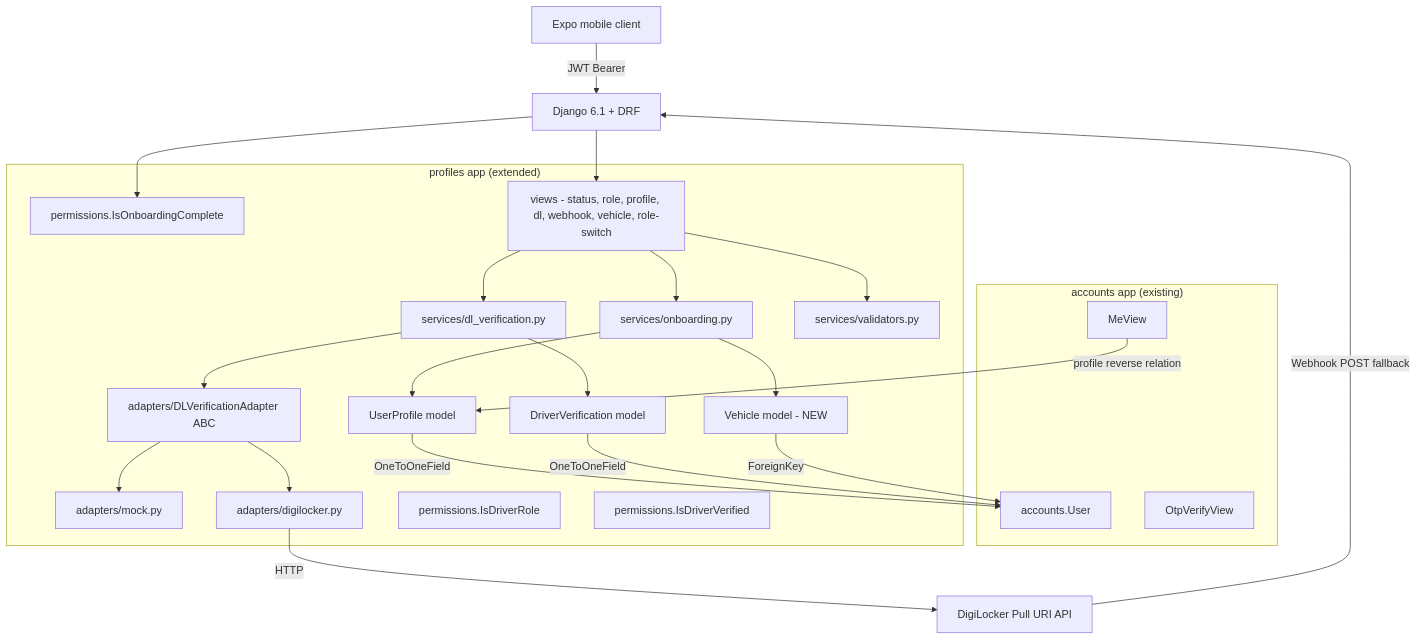
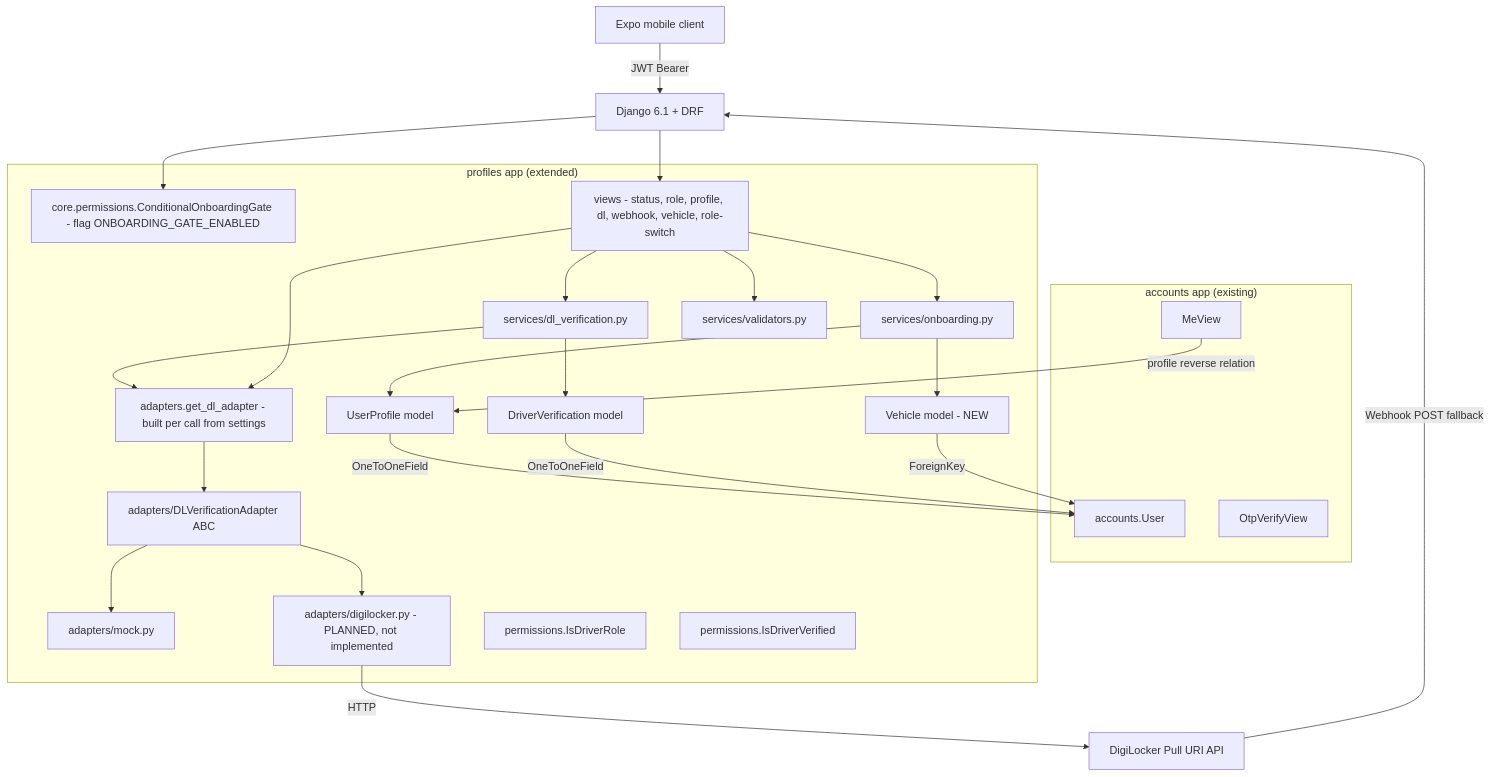
Before and after one commit to Spot-rides/Spot-rides: the first of 2 diagrams in docs/architecture/ARCH-002-user-onboarding.md, drawn with Mermaid. The commit also changed other lines of this file and 4 other files, not shown here.

````diff
--- a/docs/architecture/ARCH-002-user-onboarding.md
+++ b/docs/architecture/ARCH-002-user-onboarding.md
@@ -105,44 +144,47 @@
 ```mermaid
 graph TD
     Client[Expo mobile client] -->|JWT Bearer| DRF[Django 6.1 + DRF]
 
     subgraph "accounts app (existing)"
         User[accounts.User]
         OtpVerifyView
         MeView
     end
 
     subgraph "profiles app (extended)"
         UP[UserProfile model]
         DV[DriverVerification model]
         VH[Vehicle model - NEW]
         OnboardingService[services/onboarding.py]
         DLService[services/dl_verification.py]
         Validators[services/validators.py]
         Adapter[adapters/DLVerificationAdapter ABC]
+        DLFactory[adapters.get_dl_adapter - built per call from settings]
         MockAdapter[adapters/mock.py]
-        DigiLockerAdapter[adapters/digilocker.py]
-        IsOnboardingComplete[permissions.IsOnboardingComplete]
+        DigiLockerAdapter[adapters/digilocker.py - PLANNED, not implemented]
+        OnboardingGate["core.permissions.ConditionalOnboardingGate - flag ONBOARDING_GATE_ENABLED"]
         IsDriverRole[permissions.IsDriverRole]
         IsDriverVerified[permissions.IsDriverVerified]
         OnboardingViews[views - status, role, profile, dl, webhook, vehicle, role-switch]
     end
 
-    DRF --> IsOnboardingComplete
+    DRF --> OnboardingGate
     DRF --> OnboardingViews
     OnboardingViews --> OnboardingService
     OnboardingViews --> DLService
     OnboardingViews --> Validators
     OnboardingService --> UP
     OnboardingService --> VH
     DLService --> DV
-    DLService --> Adapter
+    DLService --> DLFactory
+    OnboardingViews --> DLFactory
+    DLFactory --> Adapter
     Adapter --> MockAdapter
     Adapter --> DigiLockerAdapter
     DigiLockerAdapter -->|HTTP| DigiLocker[DigiLocker Pull URI API]
     DigiLocker -->|Webhook POST fallback| DRF
     UP -->|OneToOneField| User
     DV -->|OneToOneField| User
     VH -->|ForeignKey| User
     MeView -->|profile reverse relation| UP
 ```
````
